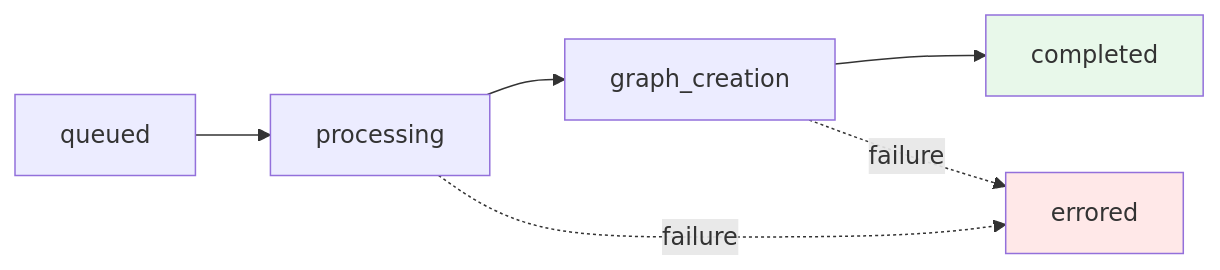
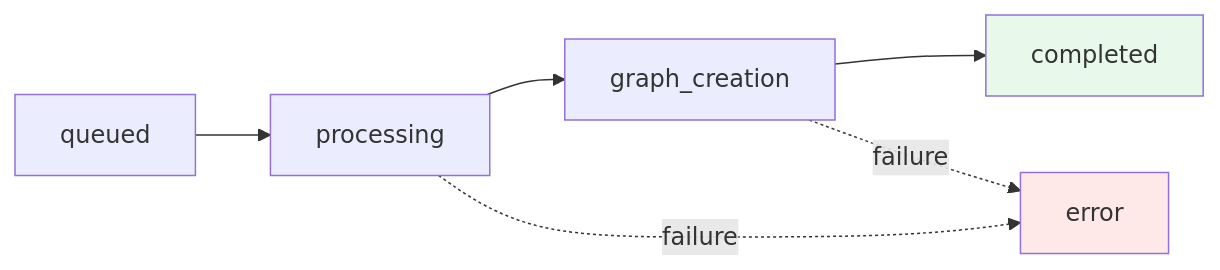
One commit to AayushAgarwal-IITDelhi/hydra-db-docs changed the second of 2 diagrams in 3-quickstart.md. Above: the diagram before and after it, drawn with Mermaid. The commit also changed other lines of this file, not shown here.

````diff
--- a/3-quickstart.md
+++ b/3-quickstart.md
@@ -122,11 +184,11 @@
 ```mermaid
 flowchart LR
-    Q[queued] --> P[processing]
-    P --> G[graph_creation]
-    G --> C[completed]
-    P -.failure.-> E[errored]
-    G -.failure.-> E
+ Q[queued] --> P[processing]
+ P --> G[graph_creation]
+ G --> C[completed]
+ P -.failure.-> E[error]
+ G -.failure.-> E
 
-    style C fill:#e8f8ea
-    style E fill:#ffe8e8
+ style C fill:#e8f8ea
+ style E fill:#ffe8e8
 ```
````
